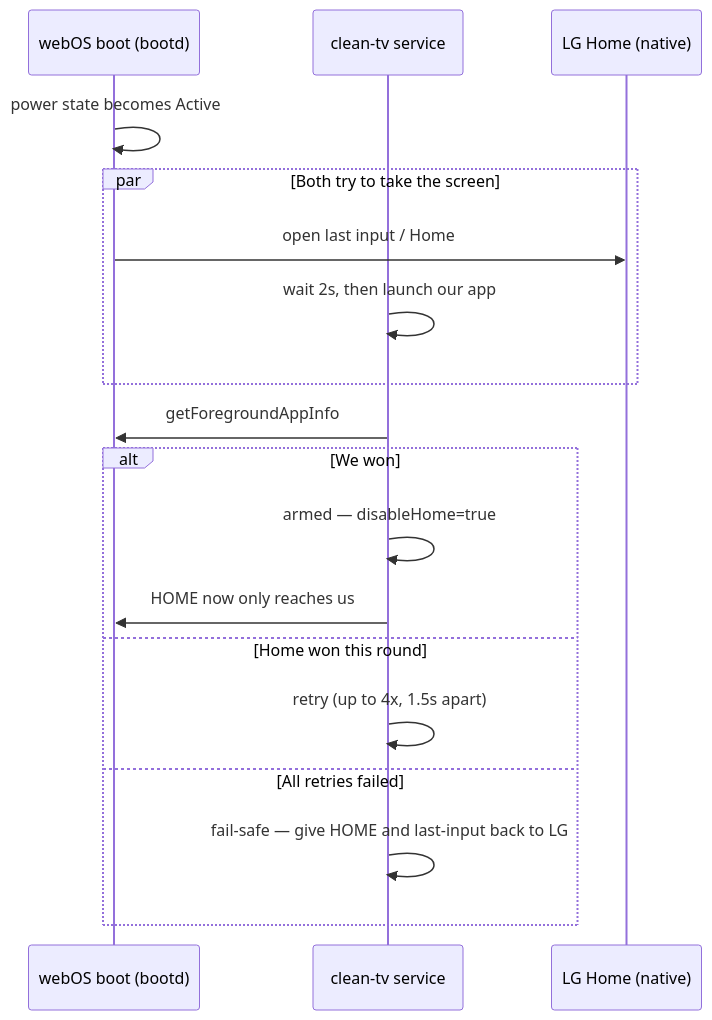
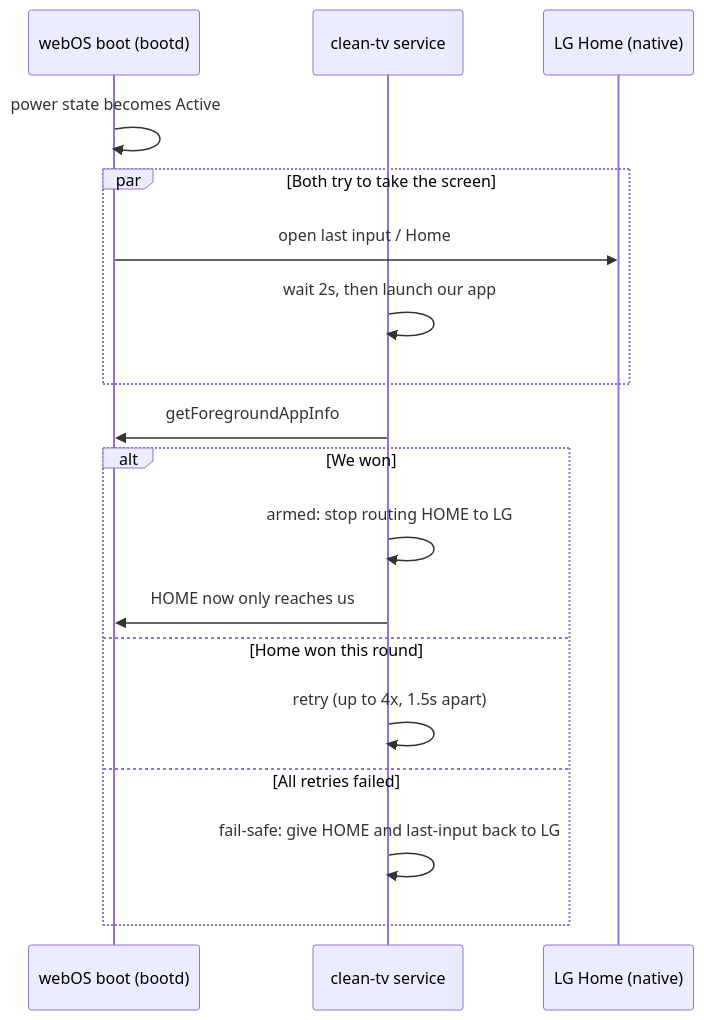
Before and after one commit to 1shanpanta/clean-tv: the second of 2 diagrams in README.md, drawn with Mermaid. The commit also changed other lines of this file and 1 other file, not shown here.

Commit message:
[docs] cut hedging, dashes and device-specific detail from README and architecture

````diff
--- a/README.md
+++ b/README.md
@@ -50,21 +49,21 @@
 ```mermaid
 sequenceDiagram
     participant TV as webOS boot (bootd)
     participant Svc as clean-tv service
     participant Home as LG Home (native)
 
     TV->>TV: power state becomes Active
     par Both try to take the screen
         TV->>Home: open last input / Home
         Svc->>Svc: wait 2s, then launch our app
     end
     Svc->>TV: getForegroundAppInfo
     alt We won
-        Svc->>Svc: armed — disableHome=true
+        Svc->>Svc: armed: stop routing HOME to LG
         Svc->>TV: HOME now only reaches us
     else Home won this round
         Svc->>Svc: retry (up to 4x, 1.5s apart)
     else All retries failed
-        Svc->>Svc: fail-safe — give HOME and last-input back to LG
+        Svc->>Svc: fail-safe: give HOME and last-input back to LG
     end
 ```
````
